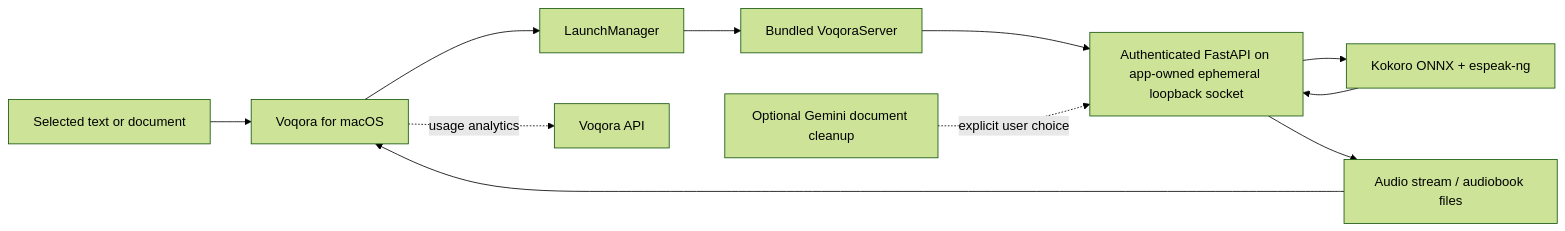
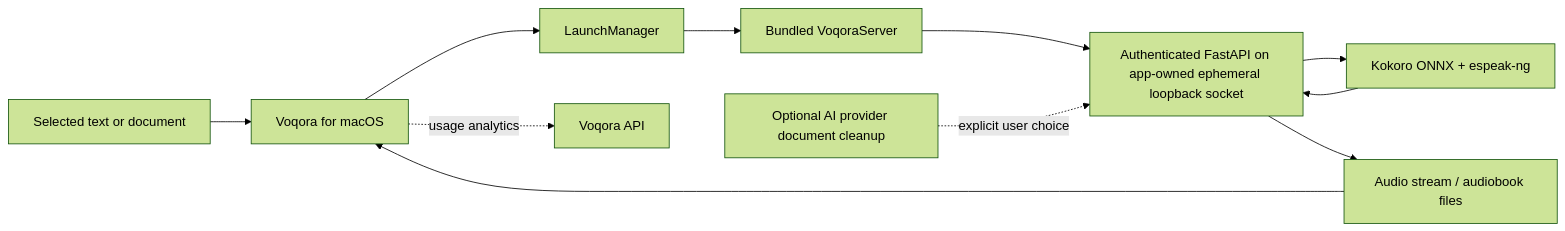
Before and after one commit to himudigonda/Voqora: the diagram in docs/architecture.md, drawn with Mermaid (forest theme). The commit also changed other lines of this file and 45 other files, not shown here.

````diff
--- a/docs/architecture.md
+++ b/docs/architecture.md
@@ -9,13 +9,13 @@
 ```mermaid
 flowchart LR
     U["Selected text or document"] --> M["Voqora for macOS"]
     M --> L["LaunchManager"]
     L --> S["Bundled VoqoraServer"]
     S --> A["Authenticated FastAPI on app-owned ephemeral loopback socket"]
     A --> T["Kokoro ONNX + espeak-ng"]
     T --> A
     A --> P["Audio stream / audiobook files"]
     P --> M
-    O["Optional Gemini document cleanup"] -. explicit user choice .-> A
+    O["Optional AI provider document cleanup"] -. explicit user choice .-> A
     M -. usage analytics .-> H["Voqora API"]
 ```
````
